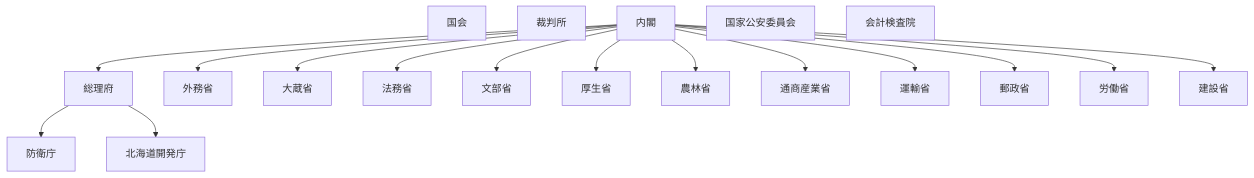
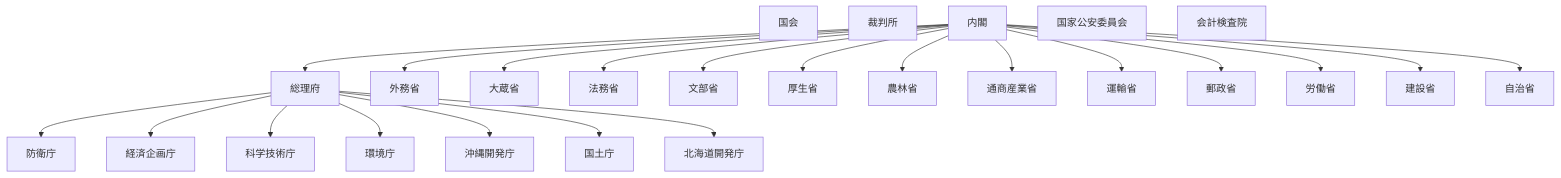
One commit to tatemaru/jp-admin-org-chart changed the diagram in README.md. Above: the diagram before and after it, drawn with Mermaid. The commit also changed other lines of this file, not shown here.

First line of the commit message:
feat(国土庁): 国土庁設置後の大臣庁体制

````diff
--- a/README.md
+++ b/README.md
@@ -9,22 +9,28 @@
 ```mermaid
 flowchart TB
   Diet["国会"]
   Court["裁判所"]
   Cab["内閣"]
   Cab --> Sorifu["総理府"]
   Sorifu --> Boei["防衛庁"]
+  Sorifu --> KeizaiKikaku["経済企画庁"]
+  Sorifu --> Kagaku["科学技術庁"]
+  Sorifu --> Kankyo["環境庁"]
+  Sorifu --> Okinawa["沖縄開発庁"]
+  Sorifu --> Kokudo["国土庁"]
   Sorifu --> Hokkaido["北海道開発庁"]
   Cab --> Gaimu["外務省"]
   Cab --> Okura["大蔵省"]
   Cab --> Homu["法務省"]
   Cab --> Mombu["文部省"]
   Cab --> Kosei["厚生省"]
   Cab --> Norin["農林省"]
   Cab --> Tsusan["通商産業省"]
   Cab --> Unyu["運輸省"]
   Cab --> Yusei["郵政省"]
   Cab --> Rodo["労働省"]
   Cab --> Kensetsu["建設省"]
+  Cab --> Jichi["自治省"]
   NPA["国家公安委員会"]
   Audit["会計検査院"]
 ```
````
